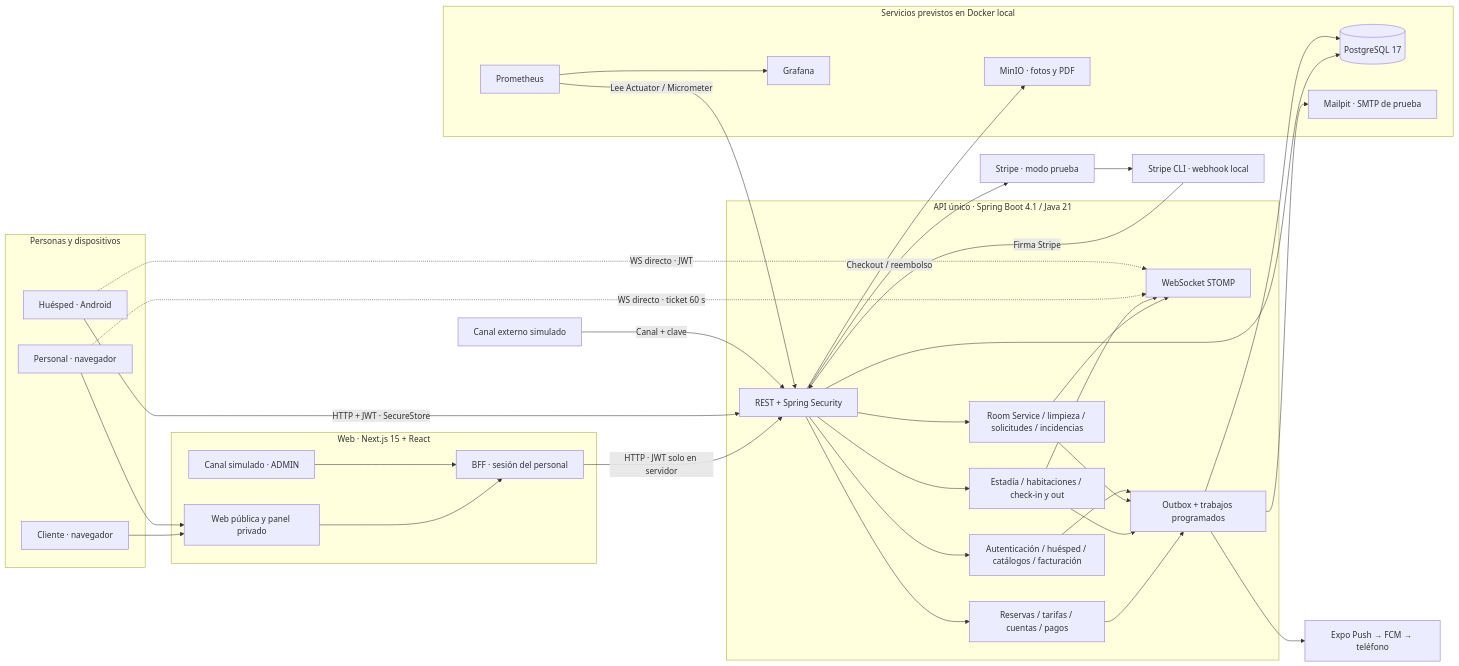
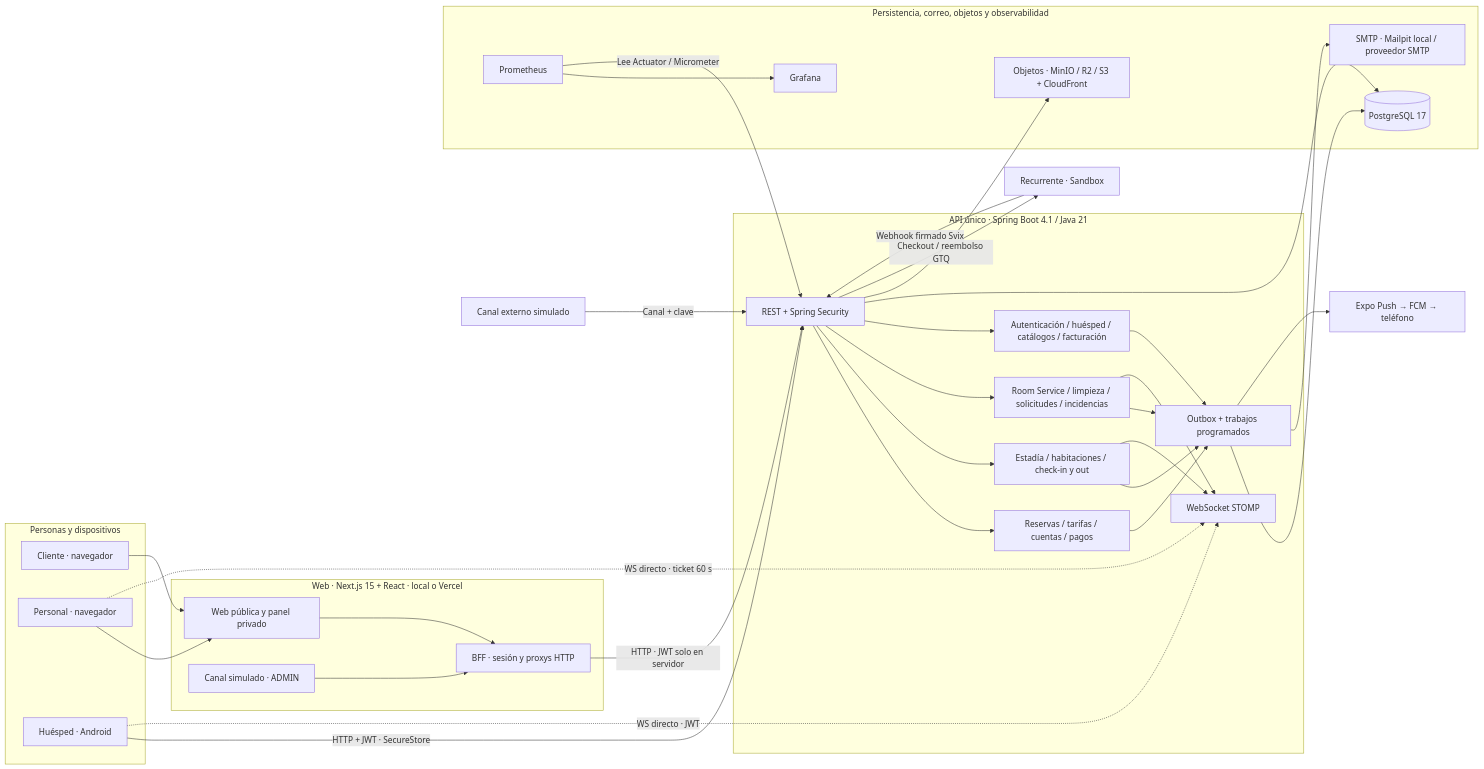
One commit to villaserenaguatee/villa-serena-docs changed the diagram in 03-arquitectura/diagramas-sistema/01-componentes-y-conexiones.md. Above: the diagram before and after it, drawn with Mermaid. The commit also changed other lines of this file and 6 other files, not shown here.

````diff
--- a/03-arquitectura/diagramas-sistema/01-componentes-y-conexiones.md
+++ b/03-arquitectura/diagramas-sistema/01-componentes-y-conexiones.md
@@ -7,50 +7,49 @@
 ```mermaid
 flowchart LR
   subgraph personas[Personas y dispositivos]
     C[Cliente · navegador]
     P[Personal · navegador]
     H[Huésped · Android]
   end
-  subgraph web[Web · Next.js 15 + React]
+  subgraph web[Web · Next.js 15 + React · local o Vercel]
     W[Web pública y panel privado]
-    B[BFF · sesión del personal]
+    B[BFF · sesión y proxys HTTP]
     SIM[Canal simulado · ADMIN]
     W --> B
     SIM --> B
   end
   subgraph spring[API único · Spring Boot 4.1 / Java 21]
     S[REST + Spring Security]
     WS[WebSocket STOMP]
     R[Reservas / tarifas / cuentas / pagos]
     E[Estadía / habitaciones / check-in y out]
     O[Room Service / limpieza / solicitudes / incidencias]
     A[Autenticación / huésped / catálogos / facturación]
     N[Outbox + trabajos programados]
     S --> R & E & O & A
     R & E & O & A --> N
     O & E --> WS
   end
-  subgraph docker[Servicios previstos en Docker local]
+  subgraph servicios[Persistencia, correo, objetos y observabilidad]
     DB[(PostgreSQL 17)]
-    M[Mailpit · SMTP de prueba]
-    F[MinIO · fotos y PDF]
+    M[SMTP · Mailpit local / proveedor SMTP]
+    F[Objetos · MinIO / R2 / S3 + CloudFront]
     PR[Prometheus]
     G[Grafana]
     PR --> G
   end
   C & P --> W
   B -->|HTTP · JWT solo en servidor| S
   P -.->|WS directo · ticket 60 s| WS
   H -->|HTTP + JWT · SecureStore| S
   H -.->|WS directo · JWT| WS
   S --> DB
   S --> F
   N --> DB
   N --> M
   N --> X[Expo Push → FCM → teléfono]
-  S -->|Checkout / reembolso| ST[Stripe · modo prueba]
-  ST --> CLI[Stripe CLI · webhook local]
-  CLI -->|Firma Stripe| S
+  S -->|Checkout / reembolso GTQ| REC[Recurrente · Sandbox]
+  REC -->|Webhook firmado Svix| S
   CH[Canal externo simulado] -->|Canal + clave| S
   PR -->|Lee Actuator / Micrometer| S
 ```
````
